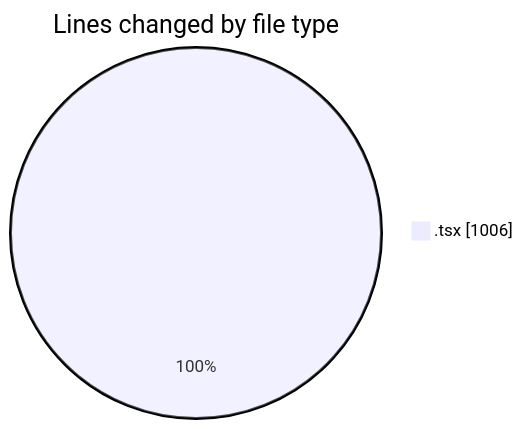
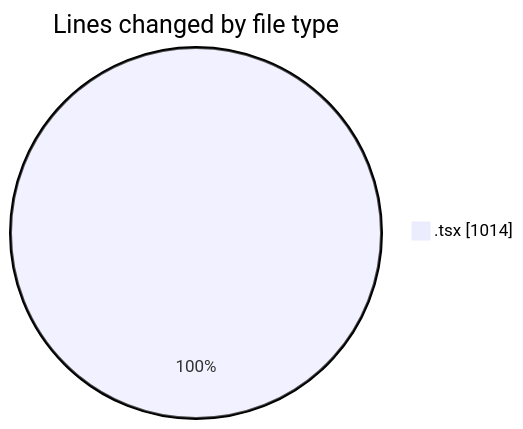
Before and after one commit to nxtqubesakshisongat/code-tracking: the first of 2 diagrams in 2026-03-31/nxtqube_webapp/README.md, drawn with Mermaid. The commit also changed other lines of this file and 1 other file, not shown here.

````diff
--- a/2026-03-31/nxtqube_webapp/README.md
+++ b/2026-03-31/nxtqube_webapp/README.md
@@ -21,5 +21,5 @@
 ```mermaid
 pie showData
 title Lines changed by file type
-".tsx" : 1006
+".tsx" : 1014
 ```
````
